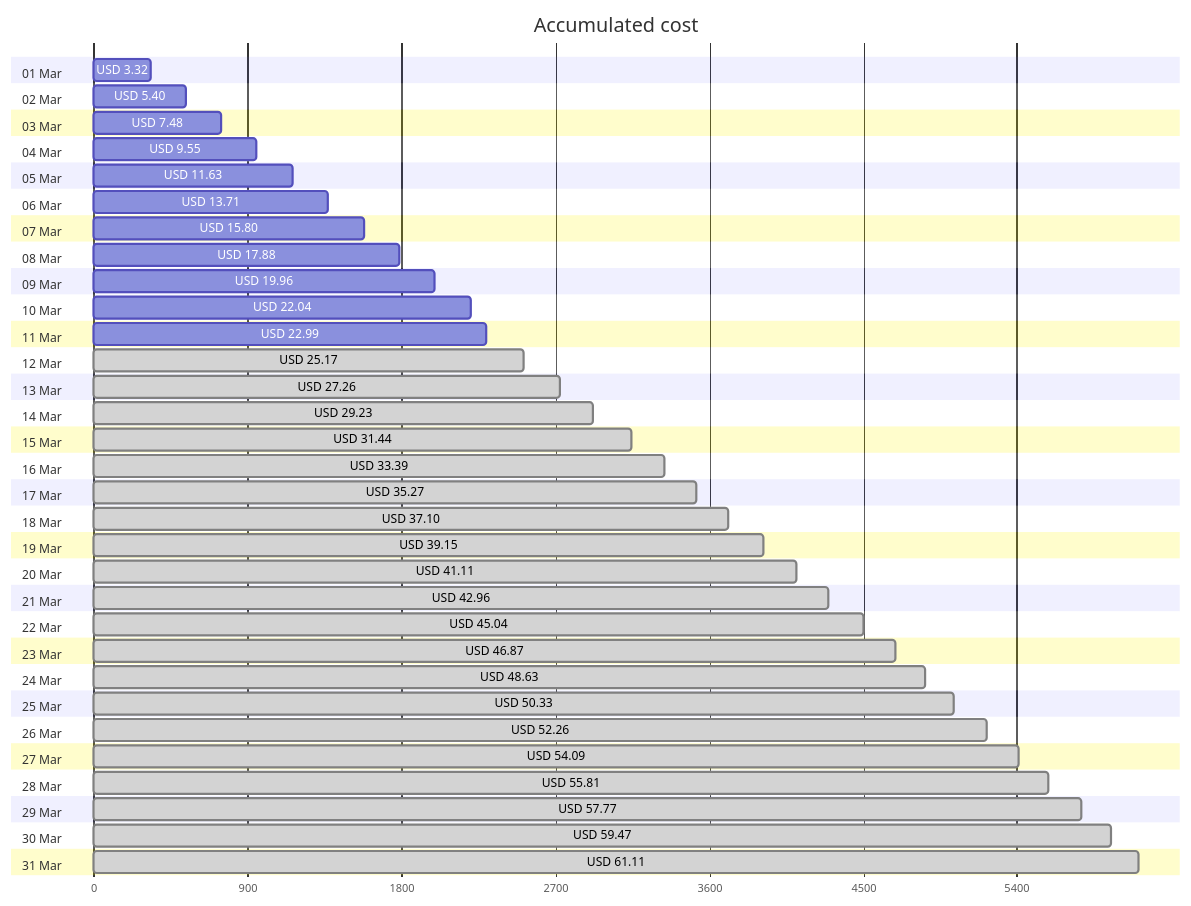
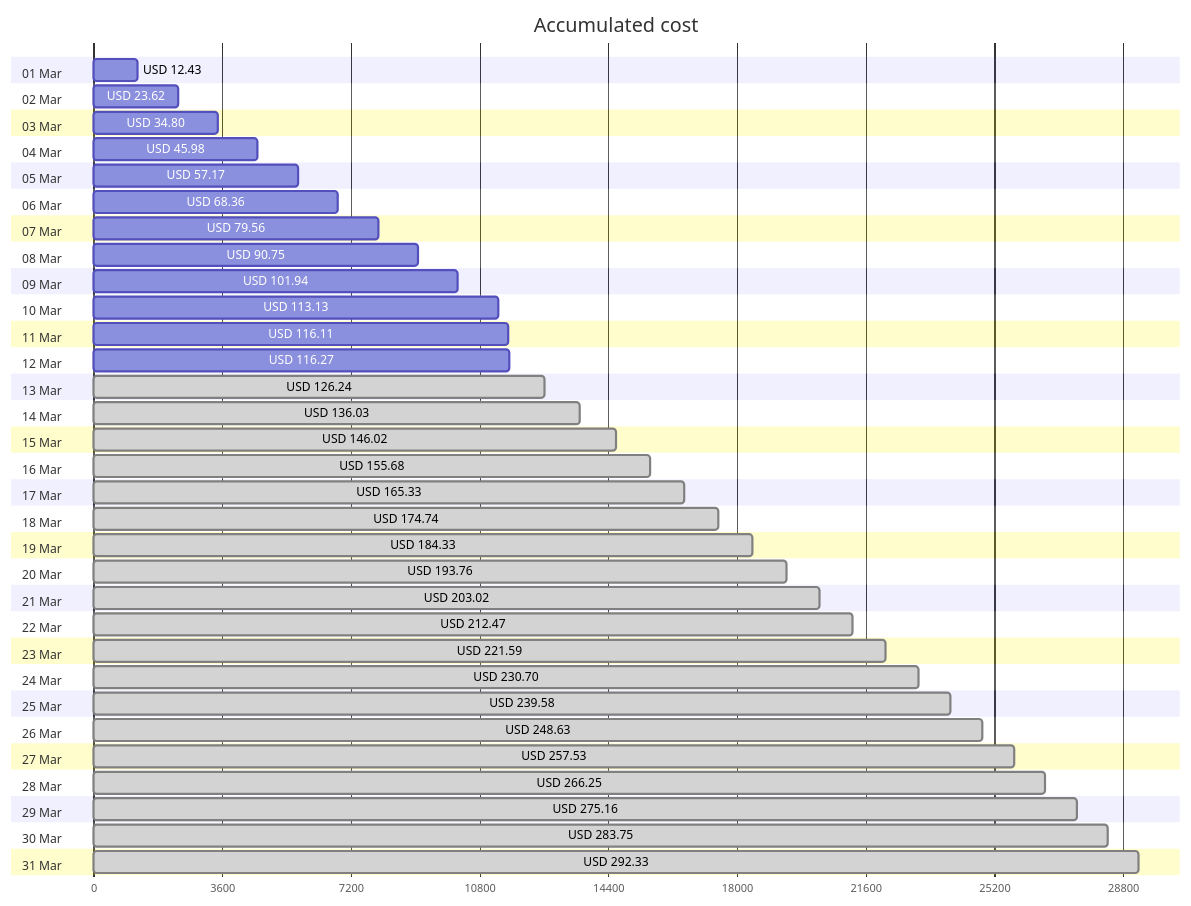
The first of 4 diagrams in cost-reports/accumulated-cost.md (jpfulton/azure-personal-reports), drawn with Mermaid before and after one commit. The commit also changed other lines of this file and 4 other files, not shown here.

````diff
--- a/cost-reports/accumulated-cost.md
+++ b/cost-reports/accumulated-cost.md
@@ -20,68 +20,68 @@
 ```mermaid
 gantt
    title Accumulated cost
    dateFormat  X
    axisFormat %s
    section 01 Mar
-   USD 3.32 :0, 332
+   USD 12.43 :0, 1243
    section 02 Mar
-   USD 5.40 :0, 540
+   USD 23.62 :0, 2362
    section 03 Mar
-   USD 7.48 :0, 748
+   USD 34.80 :0, 3480
    section 04 Mar
-   USD 9.55 :0, 955
+   USD 45.98 :0, 4598
    section 05 Mar
-   USD 11.63 :0, 1163
+   USD 57.17 :0, 5717
    section 06 Mar
-   USD 13.71 :0, 1371
+   USD 68.36 :0, 6836
    section 07 Mar
-   USD 15.80 :0, 1580
+   USD 79.56 :0, 7956
    section 08 Mar
-   USD 17.88 :0, 1788
+   USD 90.75 :0, 9075
    section 09 Mar
-   USD 19.96 :0, 1996
+   USD 101.94 :0, 10194
    section 10 Mar
-   USD 22.04 :0, 2204
+   USD 113.13 :0, 11313
    section 11 Mar
-   USD 22.99 :0, 2299
+   USD 116.11 :0, 11611
    section 12 Mar
-   USD 25.17 : done, 0, 2517
+   USD 116.27 :0, 11627
    section 13 Mar
-   USD 27.26 : done, 0, 2726
+   USD 126.24 : done, 0, 12624
    section 14 Mar
-   USD 29.23 : done, 0, 2923
+   USD 136.03 : done, 0, 13603
    section 15 Mar
-   USD 31.44 : done, 0, 3144
+   USD 146.02 : done, 0, 14602
    section 16 Mar
-   USD 33.39 : done, 0, 3339
+   USD 155.68 : done, 0, 15568
    section 17 Mar
-   USD 35.27 : done, 0, 3527
+   USD 165.33 : done, 0, 16533
    section 18 Mar
-   USD 37.10 : done, 0, 3710
+   USD 174.74 : done, 0, 17474
    section 19 Mar
-   USD 39.15 : done, 0, 3915
+   USD 184.33 : done, 0, 18433
    section 20 Mar
-   USD 41.11 : done, 0, 4111
+   USD 193.76 : done, 0, 19376
    section 21 Mar
-   USD 42.96 : done, 0, 4296
+   USD 203.02 : done, 0, 20302
    section 22 Mar
-   USD 45.04 : done, 0, 4504
+   USD 212.47 : done, 0, 21247
    section 23 Mar
-   USD 46.87 : done, 0, 4687
+   USD 221.59 : done, 0, 22159
    section 24 Mar
-   USD 48.63 : done, 0, 4863
+   USD 230.70 : done, 0, 23070
    section 25 Mar
-   USD 50.33 : done, 0, 5033
+   USD 239.58 : done, 0, 23958
    section 26 Mar
-   USD 52.26 : done, 0, 5226
+   USD 248.63 : done, 0, 24863
    section 27 Mar
-   USD 54.09 : done, 0, 5409
+   USD 257.53 : done, 0, 25753
    section 28 Mar
-   USD 55.81 : done, 0, 5581
+   USD 266.25 : done, 0, 26625
    section 29 Mar
-   USD 57.77 : done, 0, 5777
+   USD 275.16 : done, 0, 27516
    section 30 Mar
-   USD 59.47 : done, 0, 5947
+   USD 283.75 : done, 0, 28375
    section 31 Mar
-   USD 61.11 : done, 0, 6111
+   USD 292.33 : done, 0, 29233
 ```
````
